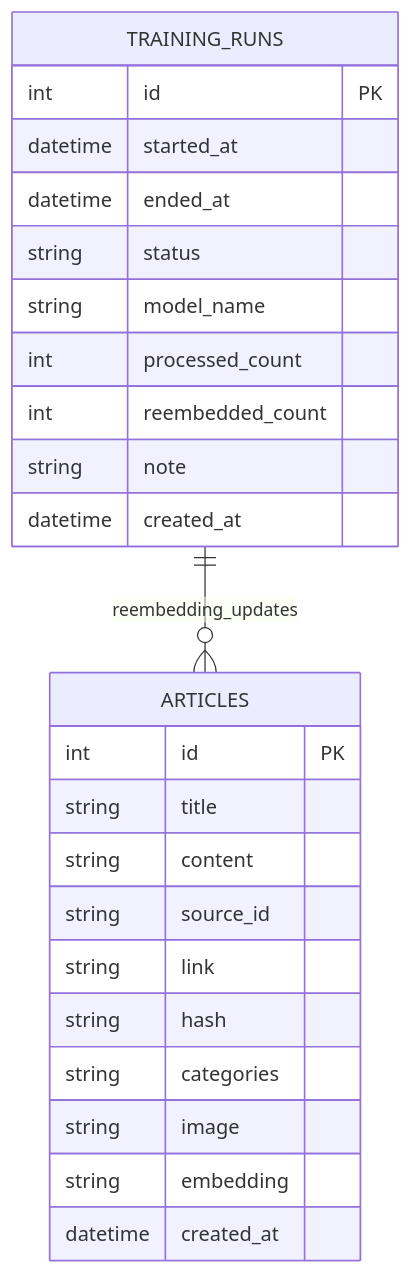
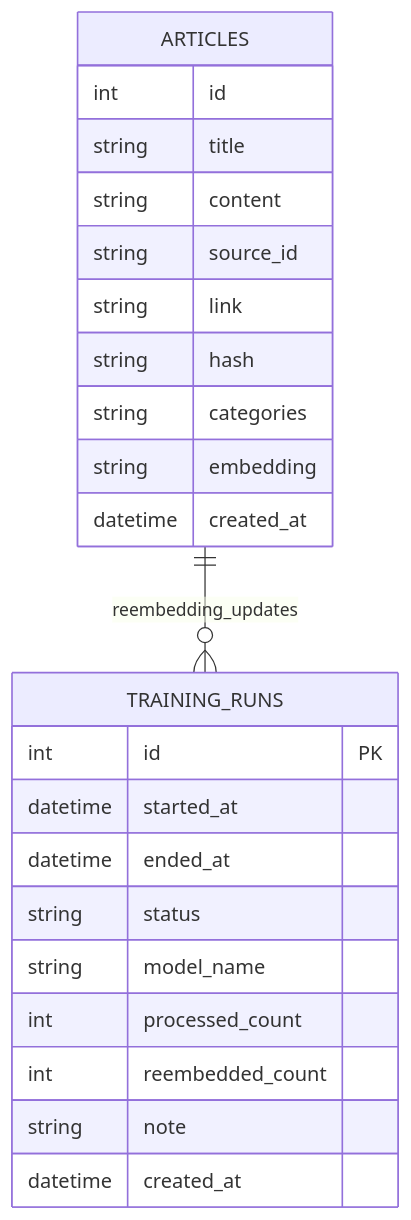
The sixth of 9 diagrams in ai-service/docs/Chapitre_3_Redaction.md (rooneyi/rdc-news-intelligence), drawn with Mermaid before and after one commit. The commit also changed other lines of this file and 24 other files, not shown here.

````diff
--- a/ai-service/docs/Chapitre_3_Redaction.md
+++ b/ai-service/docs/Chapitre_3_Redaction.md
@@ -288,29 +246,27 @@
 ```mermaid
 erDiagram
+    ARTICLES ||--o{ TRAINING_RUNS : "reembedding_updates"
     ARTICLES {
-        int id PK
+        int id
         string title
         string content
         string source_id
         string link
         string hash
         string categories
-        string image
         string embedding
         datetime created_at
     }
 
     TRAINING_RUNS {
         int id PK
         datetime started_at
         datetime ended_at
         string status
         string model_name
         int processed_count
         int reembedded_count
         string note
         datetime created_at
     }
-
-    TRAINING_RUNS ||--o{ ARTICLES : reembedding_updates
 ```
````
